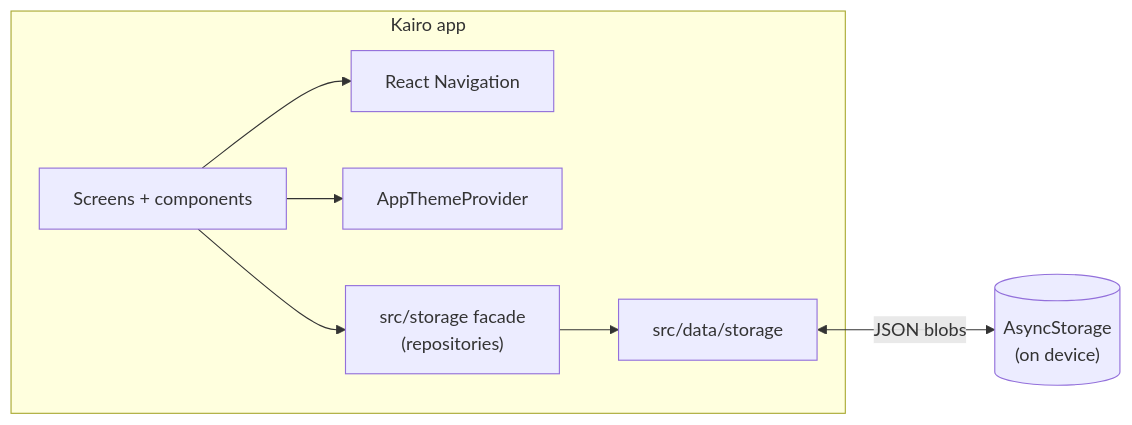
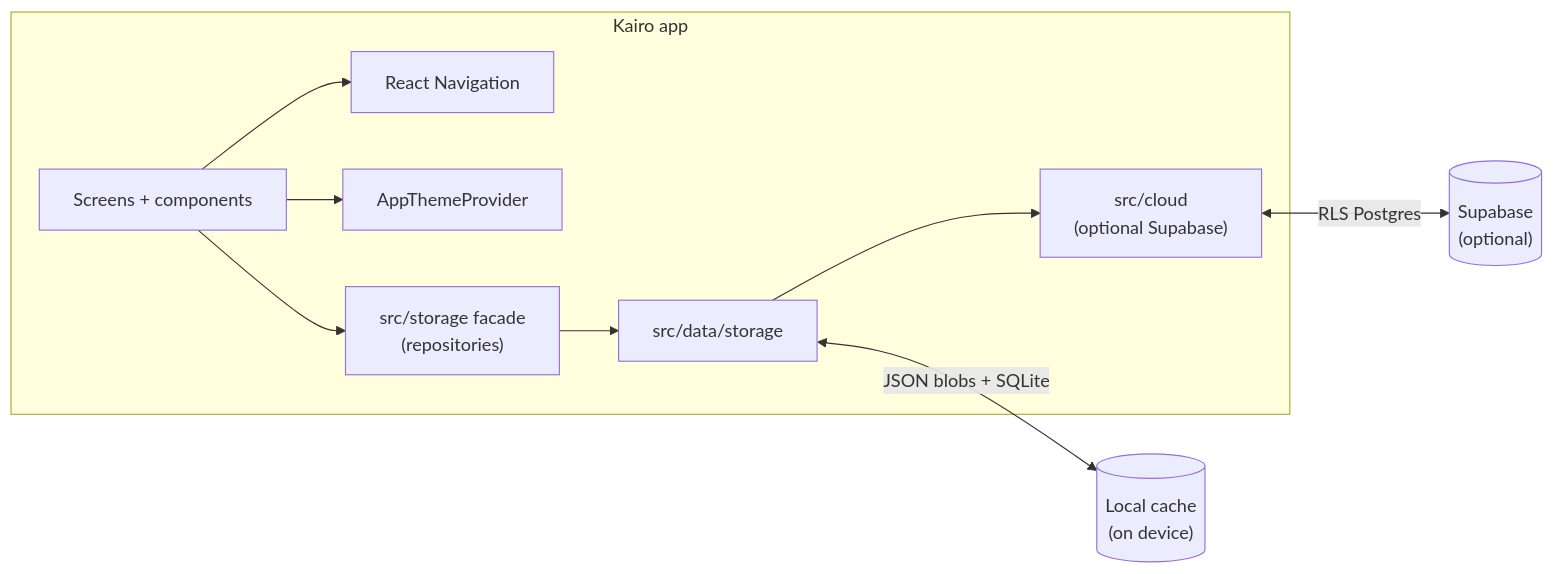
One commit to maxiguillermo1/moodly changed the diagram in README.md. Above: the diagram before and after it, drawn with Mermaid. The commit also changed other lines of this file, not shown here.

First line of the commit message:
Update README for Kairo rebrand and current architecture.

````diff
--- a/README.md
+++ b/README.md
@@ -88,16 +114,19 @@
 ```mermaid
 flowchart LR
   subgraph Client["Kairo app"]
     UI["Screens + components"]
     Nav["React Navigation"]
     Theme["AppThemeProvider"]
     Facade["src/storage facade\n(repositories)"]
     Impl["src/data/storage"]
+    Cloud["src/cloud\n(optional Supabase)"]
   end
 
   UI --> Nav
   UI --> Theme
   UI --> Facade
   Facade --> Impl
-  Impl <-->|"JSON blobs"| AS[("AsyncStorage\n(on device)")]
+  Impl <-->|"JSON blobs + SQLite"| Local[("Local cache\n(on device)")]
+  Impl --> Cloud
+  Cloud <-->|"RLS Postgres"| SB[("Supabase\n(optional)")]
 ```
````
